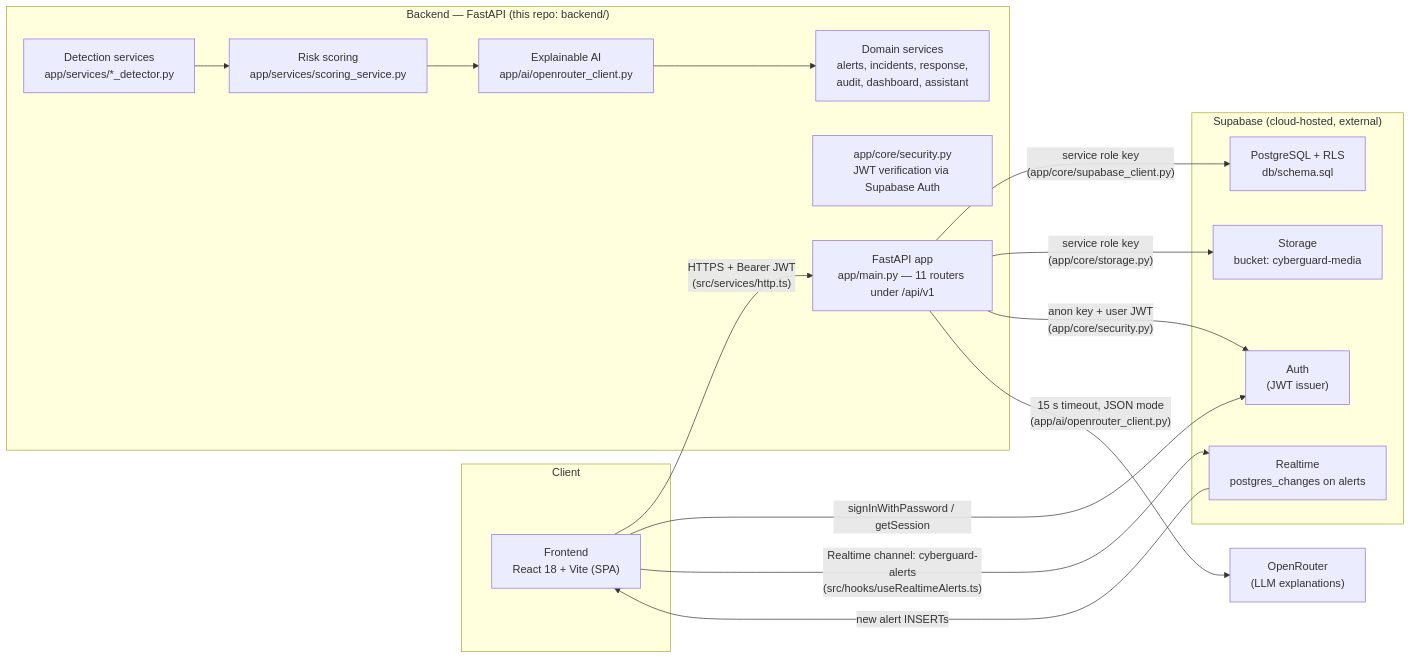
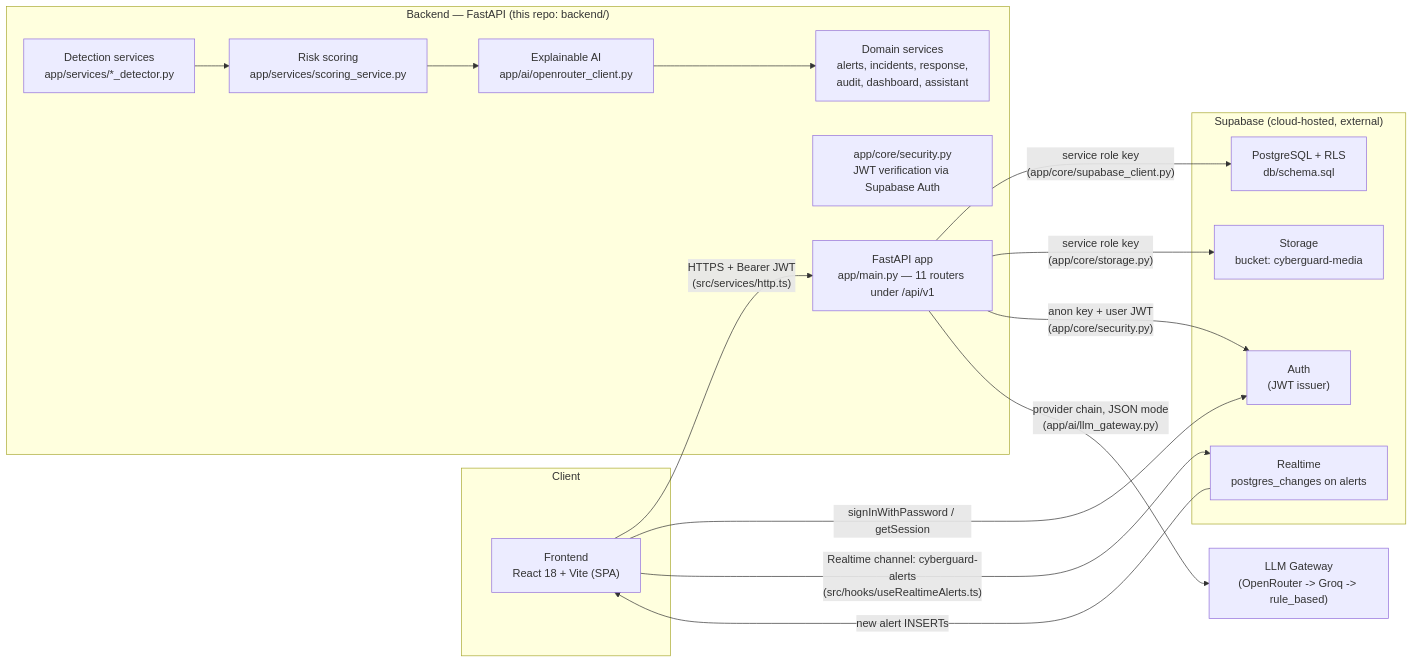
Before and after one commit to chandan000000001/Hack_thon_bput: the diagram in backend/docs/architecture.md, drawn with Mermaid. The commit also changed other lines of this file and 7 other files, not shown here.

````diff
--- a/backend/docs/architecture.md
+++ b/backend/docs/architecture.md
@@ -7,34 +7,34 @@
 ```mermaid
 flowchart LR
     subgraph Client
         FE["Frontend\nReact 18 + Vite (SPA)"]
     end
 
     subgraph Backend["Backend — FastAPI (this repo: backend/)"]
         API["FastAPI app\napp/main.py — 11 routers under /api/v1"]
         SEC["app/core/security.py\nJWT verification via Supabase Auth"]
         DET["Detection services\napp/services/*_detector.py"]
         SCORE["Risk scoring\napp/services/scoring_service.py"]
         XAI["Explainable AI\napp/ai/openrouter_client.py"]
         SVC["Domain services\nalerts, incidents, response,\naudit, dashboard, assistant"]
     end
 
     subgraph Supabase["Supabase (cloud-hosted, external)"]
         AUTH["Auth\n(JWT issuer)"]
         DB["PostgreSQL + RLS\ndb/schema.sql"]
         STO["Storage\nbucket: cyberguard-media"]
         RT["Realtime\npostgres_changes on alerts"]
     end
 
-    LLM["OpenRouter\n(LLM explanations)"]
+    LLM["LLM Gateway\n(OpenRouter -> Groq -> rule_based)"]
 
     FE -- "HTTPS + Bearer JWT\n(src/services/http.ts)" --> API
     FE -- "signInWithPassword / getSession" --> AUTH
     FE -- "Realtime channel: cyberguard-alerts\n(src/hooks/useRealtimeAlerts.ts)" --> RT
     API -- "service role key\n(app/core/supabase_client.py)" --> DB
     API -- "service role key\n(app/core/storage.py)" --> STO
     API -- "anon key + user JWT\n(app/core/security.py)" --> AUTH
-    API -- "15 s timeout, JSON mode\n(app/ai/openrouter_client.py)" --> LLM
+    API -- "provider chain, JSON mode\n(app/ai/llm_gateway.py)" --> LLM
     DET --> SCORE --> XAI --> SVC
     RT -- "new alert INSERTs" --> FE
 ```
````
